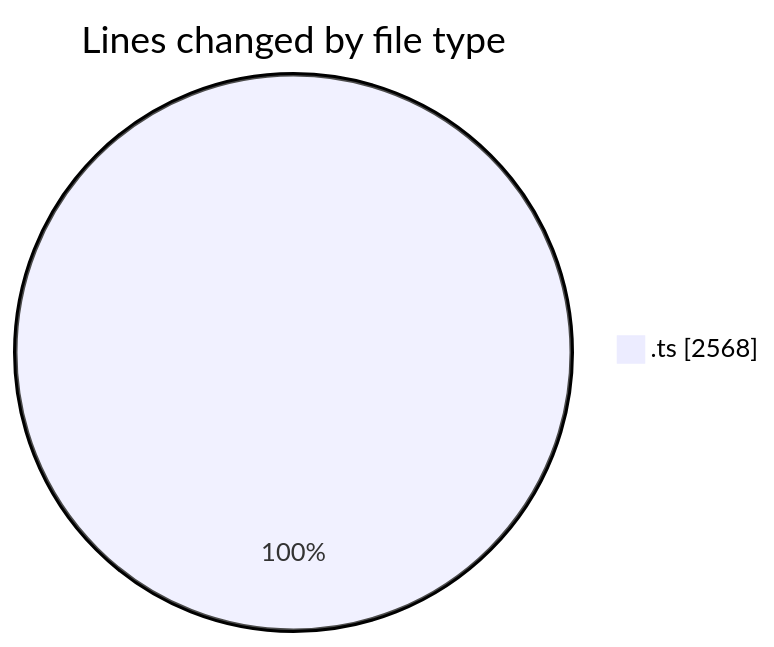
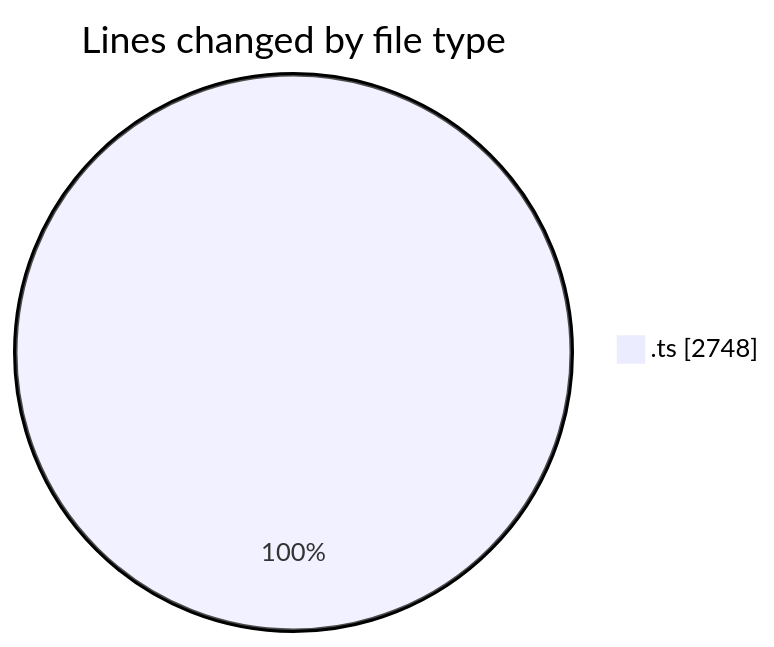
Before and after one commit to momahboobian/code-tracking: the first of 2 diagrams in 2025-08-07/cda/README.md, drawn with Mermaid. The commit also changed other lines of this file and 1 other file, not shown here.

````diff
--- a/2025-08-07/cda/README.md
+++ b/2025-08-07/cda/README.md
@@ -23,5 +23,5 @@
 ```mermaid
 pie showData
 title Lines changed by file type
-".ts" : 2568
+".ts" : 2748
 ```
````
